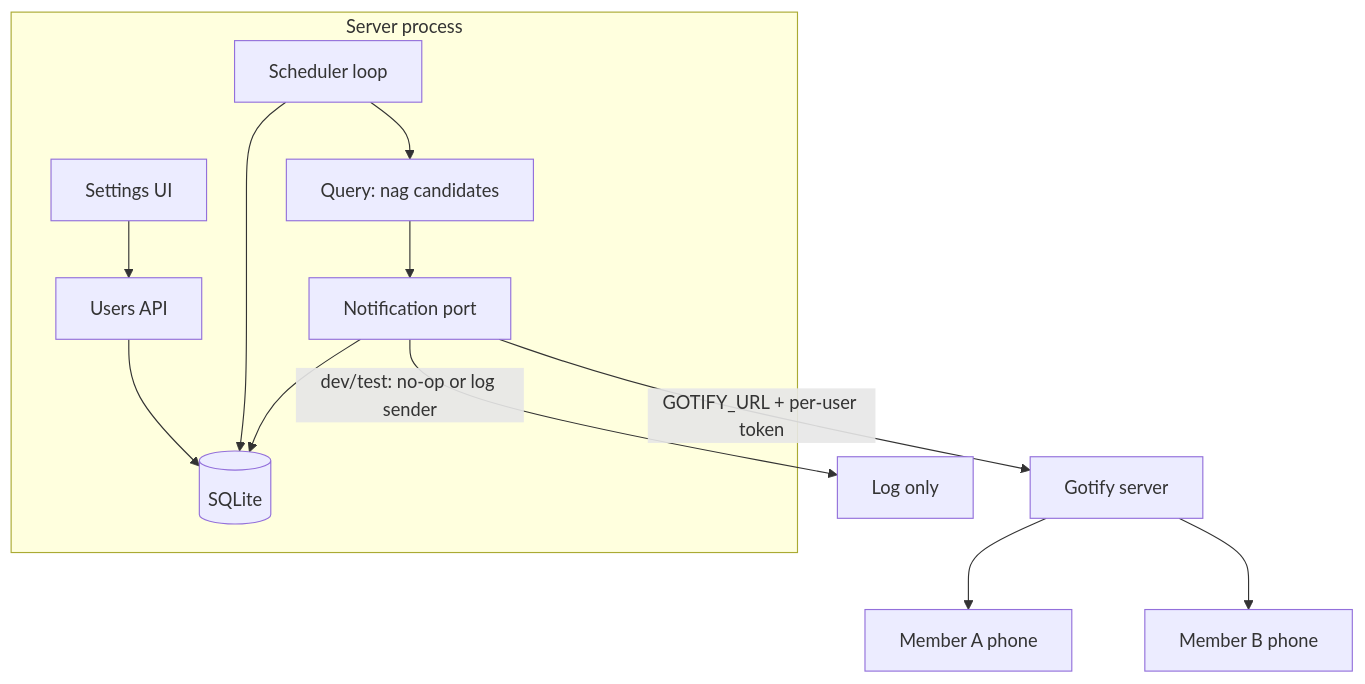
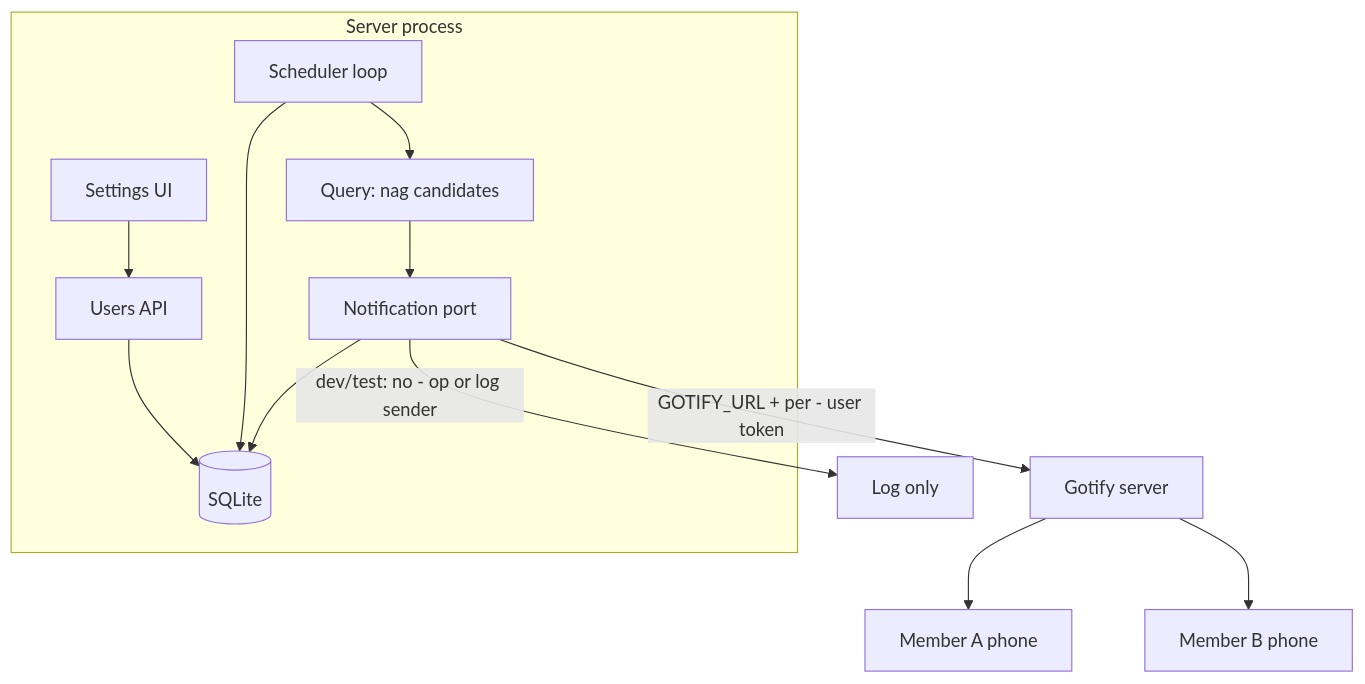
Before and after one commit to gandazgul/chores-app: the second of 2 diagrams in docs/plans/tow-mvp-epic.md, drawn with Mermaid. The commit also changed other lines of this file and 4 other files, not shown here.

````diff
--- a/docs/plans/tow-mvp-epic.md
+++ b/docs/plans/tow-mvp-epic.md
@@ -286,15 +290,15 @@
 ```mermaid
 graph TD
-  subgraph Server process
-    SCH[Scheduler loop] --> Q[Query: nag candidates]
-    Q --> NP[Notification port]
-    SET[Settings UI] --> UAPI[Users API]
-    UAPI --> DB[(SQLite)]
-    SCH --> DB
-    NP --> DB
-  end
-  NP -->|GOTIFY_URL + per-user token| GOT[Gotify server]
-  GOT --> PH1[Member A phone]
-  GOT --> PH2[Member B phone]
-  NP -->|dev/test: no-op or log sender| LOG[Log only]
+    subgraph Server process
+        SCH[Scheduler loop] --> Q[Query: nag candidates]
+        Q --> NP[Notification port]
+        SET[Settings UI] --> UAPI[Users API]
+        UAPI --> DB[(SQLite)]
+        SCH --> DB
+        NP --> DB
+    end
+    NP -->|GOTIFY_URL + per - user token| GOT[Gotify server]
+    GOT --> PH1[Member A phone]
+    GOT --> PH2[Member B phone]
+    NP -->|dev/test: no - op or log sender| LOG[Log only]
 ```
````
